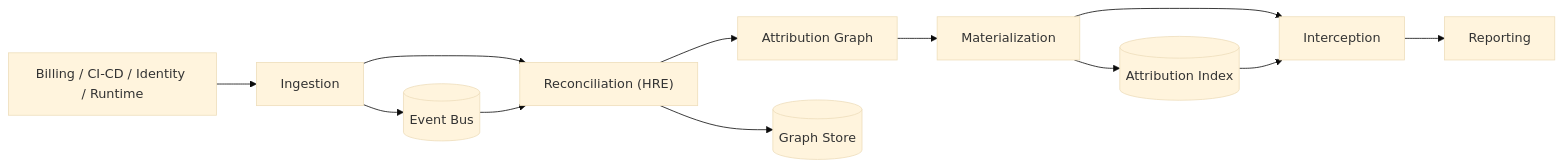
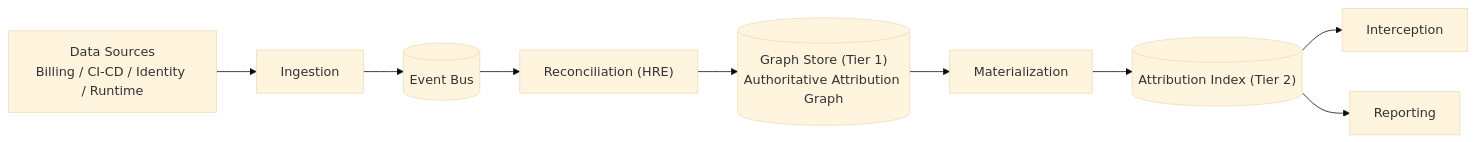
The diagram in README.md (richardcmckinney/ai-compute-intelligence), drawn with Mermaid (base theme) before and after one commit. The commit also changed other lines of this file and 23 other files, not shown here.

````diff
--- a/README.md
+++ b/README.md
@@ -111,15 +140,11 @@
 ```mermaid
 flowchart LR
-  A["Ingestion"] --> B["Reconciliation (HRE)"]
-  B --> C["Attribution Graph"]
-  C --> D["Materialization"]
-  D --> E["Interception"]
-  E --> F["Reporting"]
-
-  S["Billing / CI-CD / Identity / Runtime"] --> A
-  A --> K[("Event Bus")]
-  K --> B
-  B --> G[("Graph Store")]
-  D --> R[("Attribution Index")]
-  R --> E
+  S["Data Sources<br/>Billing / CI-CD / Identity / Runtime"] --> I["Ingestion"]
+  I --> K[("Event Bus")]
+  K --> H["Reconciliation (HRE)"]
+  H --> G[("Graph Store (Tier 1)<br/>Authoritative Attribution Graph")]
+  G --> M["Materialization"]
+  M --> R[("Attribution Index (Tier 2)")]
+  R --> X["Interception"]
+  R --> P["Reporting"]
 ```
````
